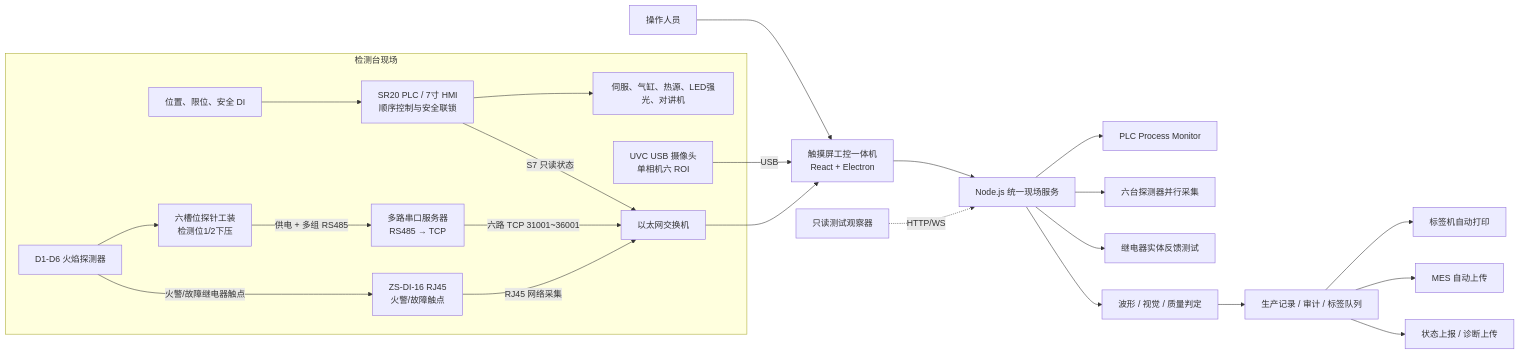
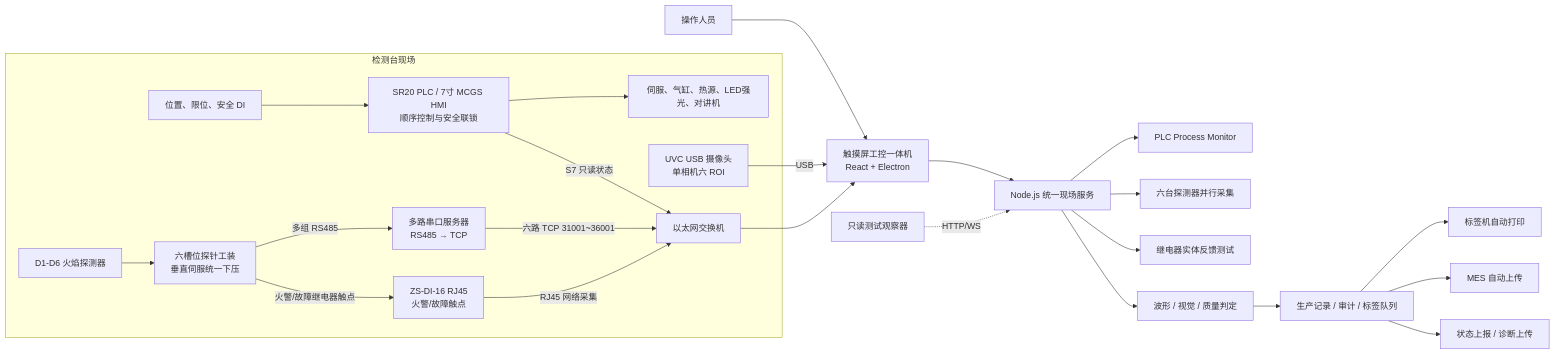
The second of 4 diagrams in docs/火焰探测器检测台技术报告.md (ming960207/flame-detector-bench-desktop), drawn with Mermaid before and after one commit. The commit also changed other lines of this file, not shown here.

Commit message:
docs: finalize bench acquisition and probe hardware topology

```diff
--- a/docs/火焰探测器检测台技术报告.md
+++ b/docs/火焰探测器检测台技术报告.md
@@ -395,42 +395,42 @@
 ~~~mermaid
 flowchart LR
     OP[操作人员] --> IPC[触摸屏工控一体机<br/>React + Electron]
 
     subgraph FIELD[检测台现场]
-        PLC[SR20 PLC / 7寸 HMI<br/>顺序控制与安全联锁]
+        PLC[SR20 PLC / 7寸 MCGS HMI<br/>顺序控制与安全联锁]
         ACT[伺服、气缸、热源、LED强光、对讲机]
         POS[位置、限位、安全 DI]
-        PROBE[六槽位探针工装<br/>检测位1/2下压]
+        PROBE[六槽位探针工装<br/>垂直伺服统一下压]
         D[D1-D6 火焰探测器]
         SS[多路串口服务器<br/>RS485 → TCP]
         DIO[ZS-DI-16 RJ45<br/>火警/故障触点]
         CAM[UVC USB 摄像头<br/>单相机六 ROI]
         SW[以太网交换机]
     end
 
     PLC --> ACT
     POS --> PLC
     PLC -->|S7 只读状态| SW
 
     D --> PROBE
-    PROBE -->|供电 + 多组 RS485| SS
+    PROBE -->|多组 RS485| SS
     SS -->|六路 TCP 31001~36001| SW
 
-    D -->|火警/故障继电器触点| DIO
+    PROBE -->|火警/故障继电器触点| DIO
     DIO -->|RJ45 网络采集| SW
 
     CAM -->|USB| IPC
     SW --> IPC
 
     IPC --> RT[Node.js 统一现场服务]
     RT --> MON[PLC Process Monitor]
     RT --> DET[六台探测器并行采集]
     RT --> RELAY[继电器实体反馈测试]
     RT --> ANA[波形 / 视觉 / 质量判定]
     ANA --> REC[生产记录 / 审计 / 标签队列]
     REC --> PRN[标签机自动打印]
     REC --> MES[MES 自动上传]
     REC --> EXT[状态上报 / 诊断上传]
 
     OBS[只读测试观察器] -.HTTP/WS.-> RT
 ~~~
```
